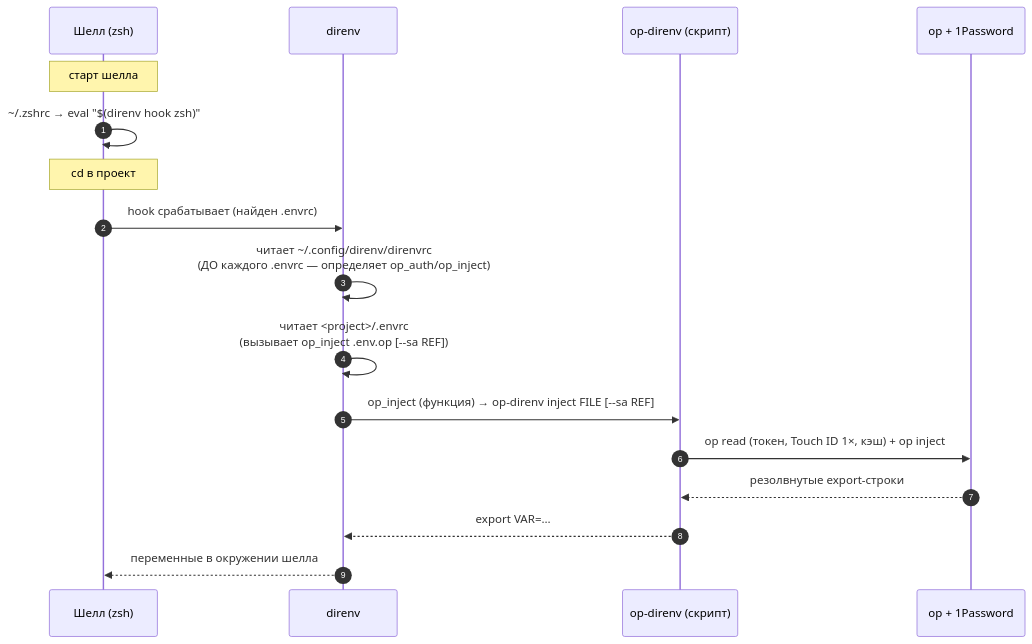
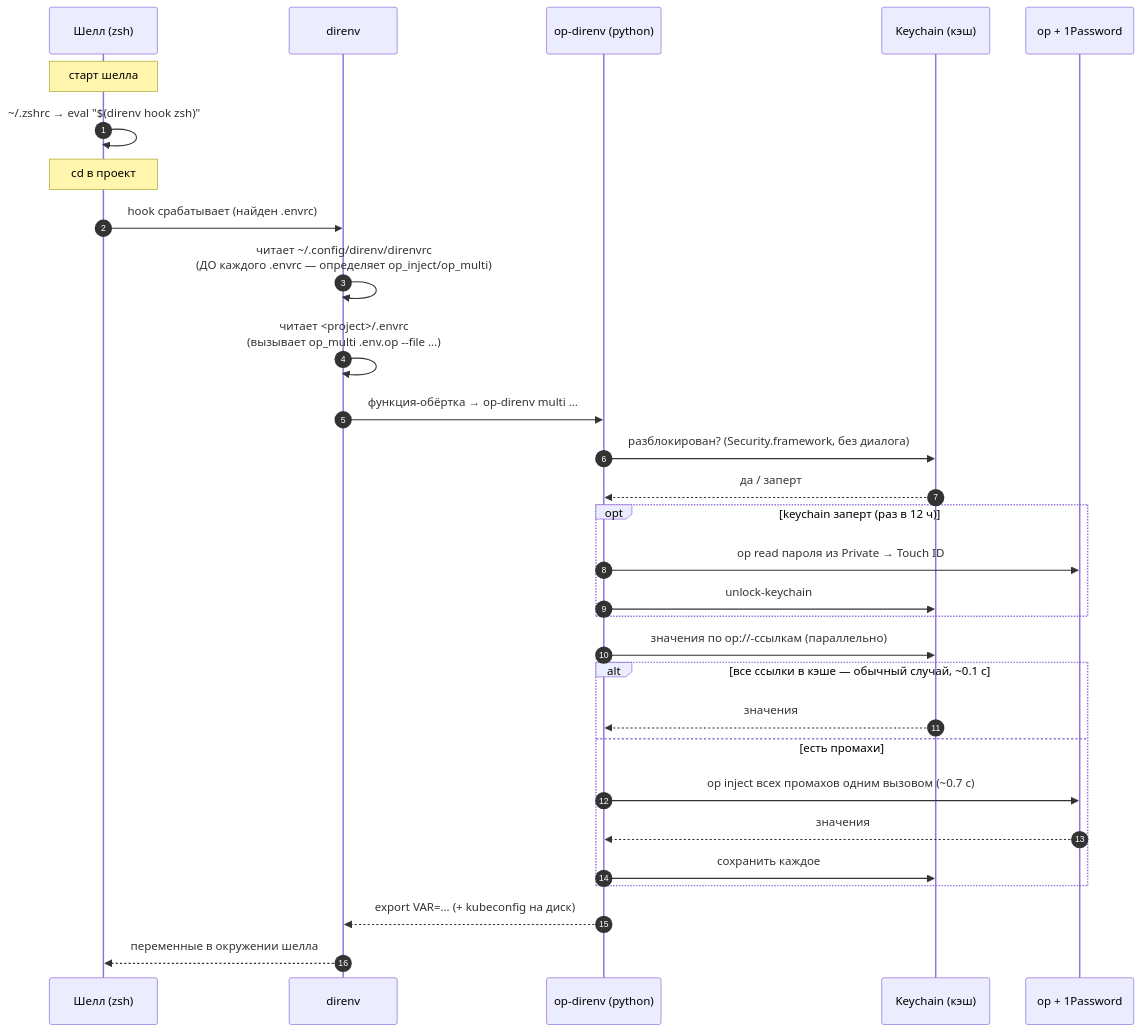
One commit to justswan/op-direnv changed the third of 3 diagrams in README.md. Above: the diagram before and after it, drawn with Mermaid. The commit also changed other lines of this file and 1 other file, not shown here.

First line of the commit message:
op-direnv: update diagrams for the cache, add BACKLOG

````diff
--- a/README.md
+++ b/README.md
@@ -87,20 +88,33 @@
 ```mermaid
 sequenceDiagram
     autonumber
     participant U as Шелл (zsh)
     participant D as direnv
-    participant S as op-direnv (скрипт)
+    participant S as op-direnv (python)
+    participant K as Keychain (кэш)
     participant OP as op + 1Password
 
     Note over U: старт шелла
     U->>U: ~/.zshrc → eval "$(direnv hook zsh)"
     Note over U: cd в проект
     U->>D: hook срабатывает (найден .envrc)
-    D->>D: читает ~/.config/direnv/direnvrc<br/>(ДО каждого .envrc — определяет op_auth/op_inject)
-    D->>D: читает <project>/.envrc<br/>(вызывает op_inject .env.op [--sa REF])
-    D->>S: op_inject (функция) → op-direnv inject FILE [--sa REF]
-    S->>OP: op read (токен, Touch ID 1×, кэш) + op inject
-    OP-->>S: резолвнутые export-строки
-    S-->>D: export VAR=…
+    D->>D: читает ~/.config/direnv/direnvrc<br/>(ДО каждого .envrc — определяет op_inject/op_multi)
+    D->>D: читает <project>/.envrc<br/>(вызывает op_multi .env.op --file …)
+    D->>S: функция-обёртка → op-direnv multi …
+    S->>K: разблокирован? (Security.framework, без диалога)
+    K-->>S: да / заперт
+    opt keychain заперт (раз в 12 ч)
+        S->>OP: op read пароля из Private → Touch ID
+        S->>K: unlock-keychain
+    end
+    S->>K: значения по op://-ссылкам (параллельно)
+    alt все ссылки в кэше — обычный случай, ~0.1 с
+        K-->>S: значения
+    else есть промахи
+        S->>OP: op inject всех промахов одним вызовом (~0.7 с)
+        OP-->>S: значения
+        S->>K: сохранить каждое
+    end
+    S-->>D: export VAR=… (+ kubeconfig на диск)
     D-->>U: переменные в окружении шелла
 ```
````
